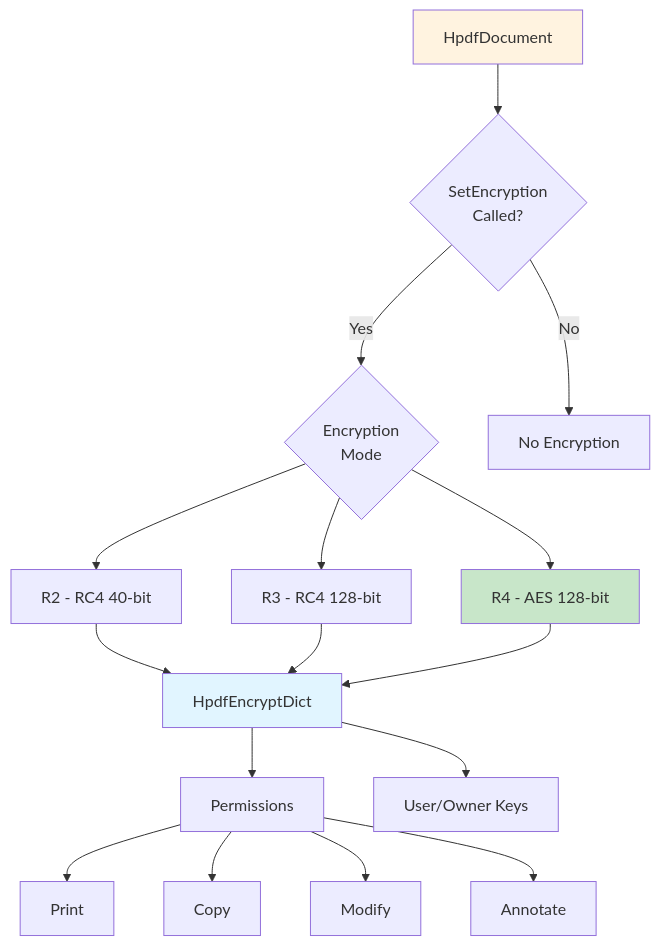
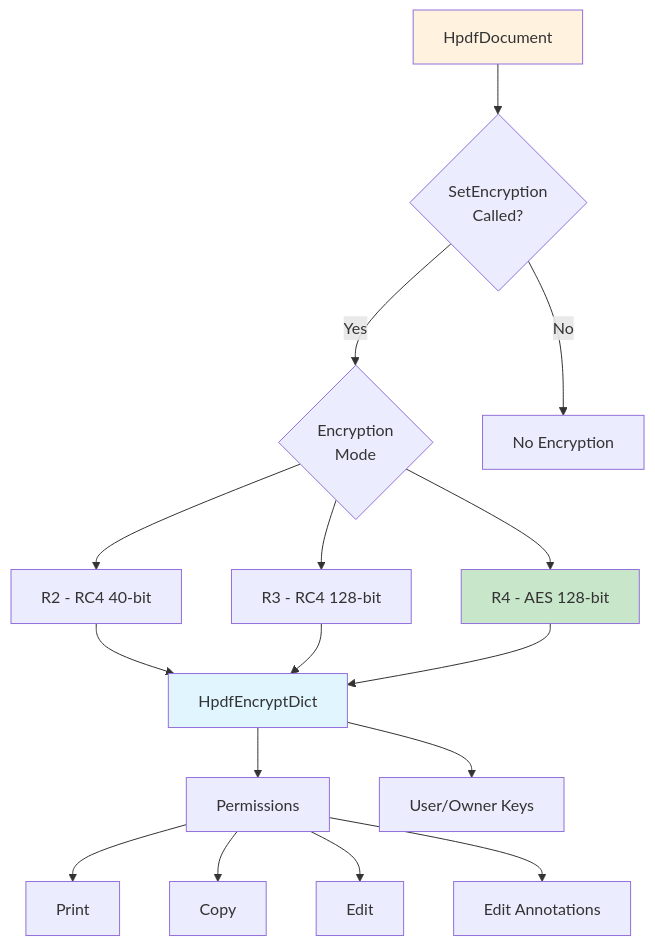
The ninth of 9 diagrams in docs/STRUCTURE.md (nikolaygekht/haru-net-full-port), drawn with Mermaid before and after one commit. The commit also changed other lines of this file and 63 other files, not shown here.

````diff
--- a/docs/STRUCTURE.md
+++ b/docs/STRUCTURE.md
@@ -623,26 +659,26 @@
 ```mermaid
 graph TB
     DOC[HpdfDocument] --> ENCRYPT{SetEncryption<br/>Called?}
     ENCRYPT -->|Yes| MODE{Encryption<br/>Mode}
     ENCRYPT -->|No| NOSEC[No Encryption]
 
     MODE --> R2[R2 - RC4 40-bit]
     MODE --> R3[R3 - RC4 128-bit]
     MODE --> R4[R4 - AES 128-bit]
 
     R2 --> DICT[HpdfEncryptDict]
     R3 --> DICT
     R4 --> DICT
 
     DICT --> PERMS[Permissions]
     DICT --> KEYS[User/Owner Keys]
 
     PERMS --> PRINT[Print]
     PERMS --> COPY[Copy]
-    PERMS --> MODIFY[Modify]
-    PERMS --> ANNOT[Annotate]
+    PERMS --> MODIFY[Edit]
+    PERMS --> ANNOT[Edit Annotations]
 
     style DOC fill:#fff3e0
     style DICT fill:#e1f5ff
     style R4 fill:#c8e6c9
 ```
````
